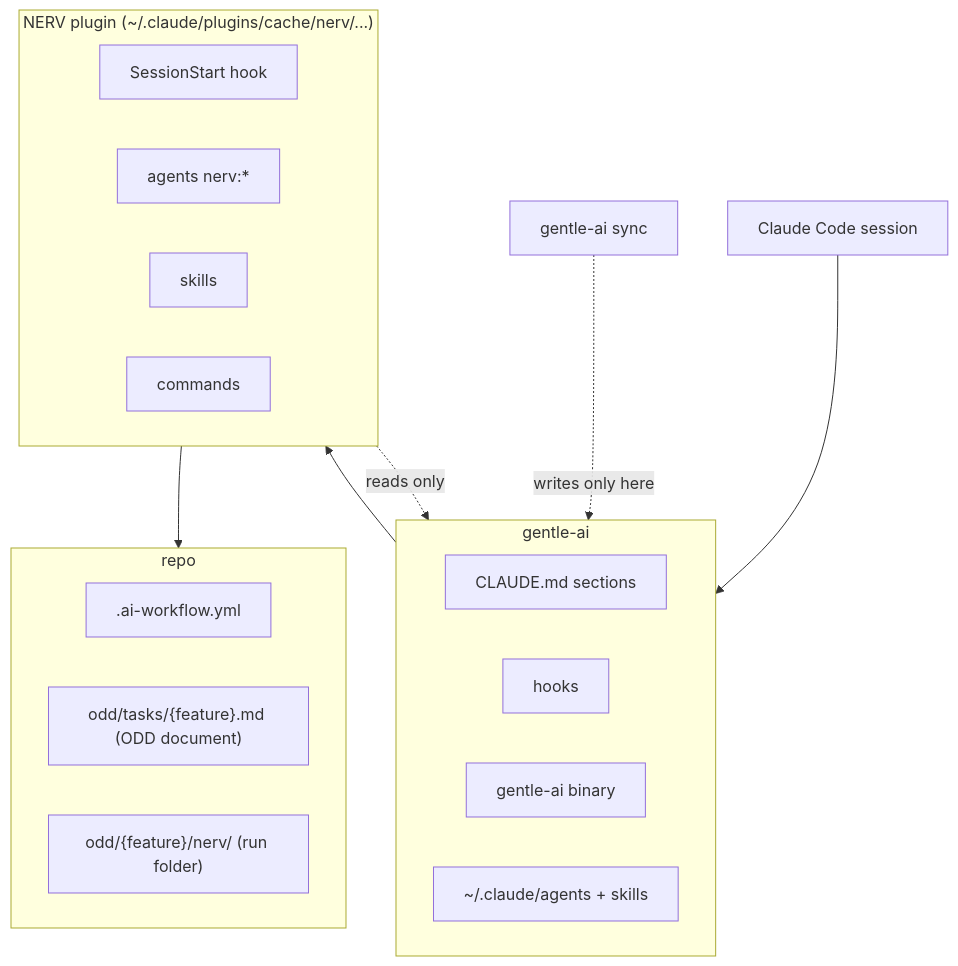
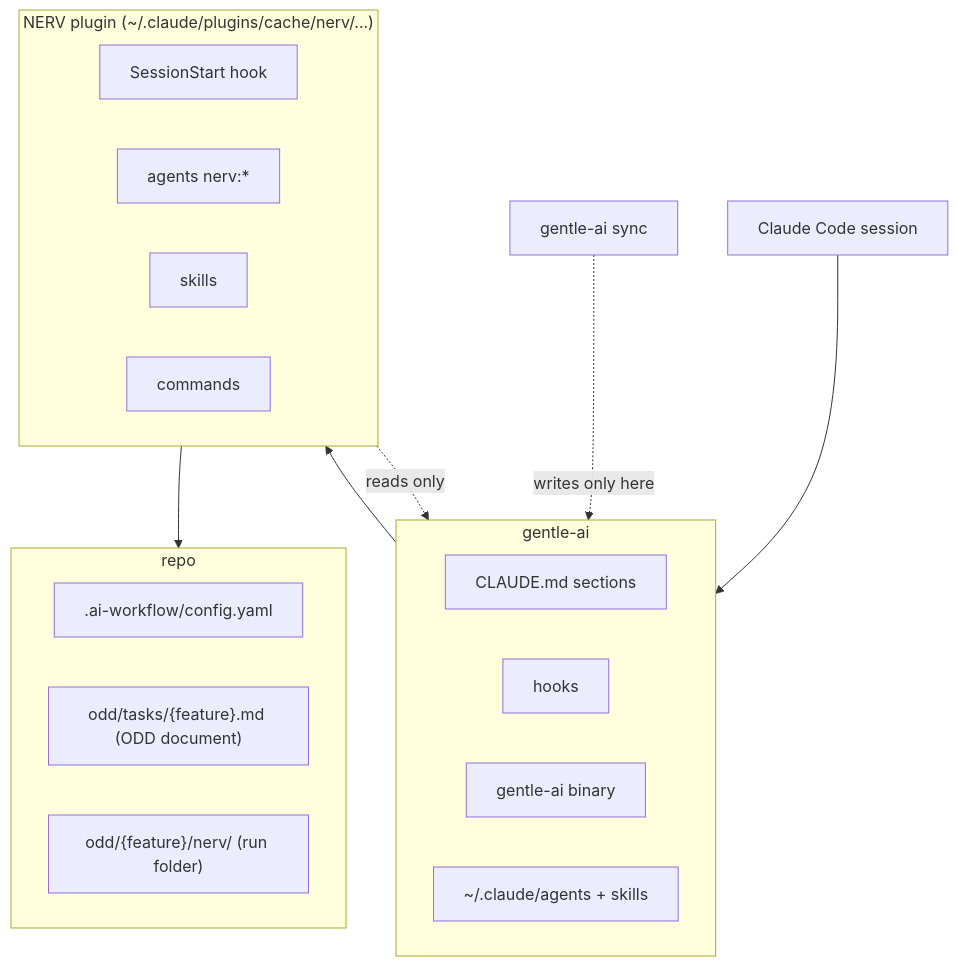
Before and after one commit to war-apps/nerv-by-gentle-ai: the first of 7 diagrams in docs/integration.md, drawn with Mermaid. The commit also changed other lines of this file and 98 other files, not shown here.

First line of the commit message:
feat(config)!: move the project config into .ai-workflow/ with project providers

````diff
--- a/docs/integration.md
+++ b/docs/integration.md
@@ -5,32 +5,32 @@
 ```mermaid
 flowchart TB
     CC[Claude Code session]
 
     subgraph GA["gentle-ai"]
         GACfg["CLAUDE.md sections"]
         GAHooks["hooks"]
         GABin["gentle-ai binary"]
         GAAgents["~/.claude/agents + skills"]
     end
 
     subgraph NERVP["NERV plugin (~/.claude/plugins/cache/nerv/...)"]
         NHook["SessionStart hook"]
         NAgents["agents nerv:*"]
         NSkills["skills"]
         NCommands["commands"]
     end
 
     subgraph Repo["repo"]
-        NConfig[".ai-workflow.yml"]
+        NConfig[".ai-workflow/config.yaml"]
         NDoc["odd/tasks/{feature}.md (ODD document)"]
         NRun["odd/{feature}/nerv/ (run folder)"]
     end
 
     Sync["gentle-ai sync"]
 
     CC --> GA
     GA --> NERVP
     NERVP --> Repo
     Sync -.writes only here.-> GA
     NERVP -.reads only.-> GA
 ```
````
